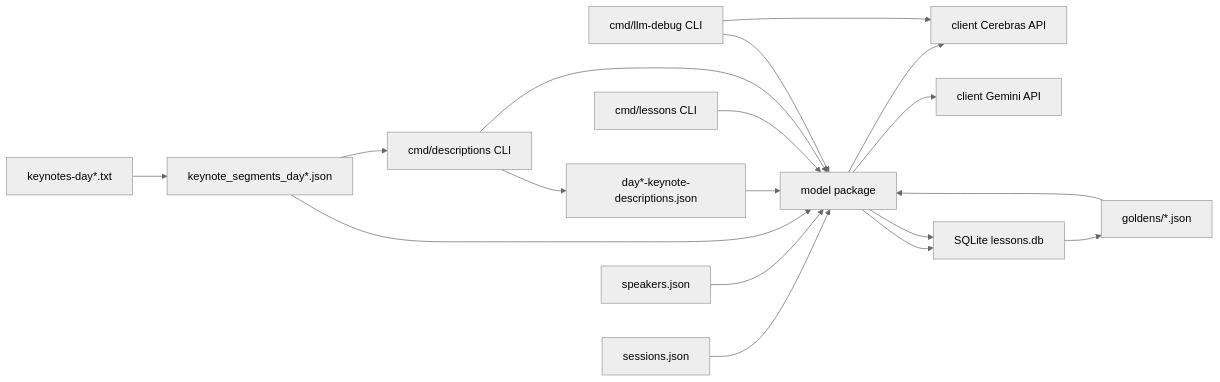
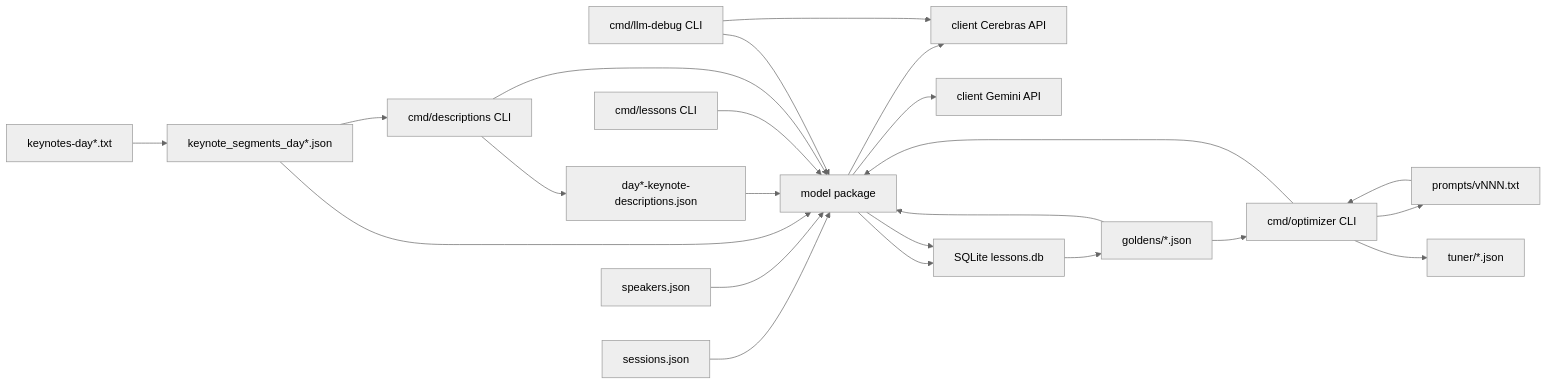
One commit to johnpfeiffer/aiewf changed the first of 4 diagrams in architecture.md. Above: the diagram before and after it, drawn with Mermaid (neutral theme). The commit also changed other lines of this file and 7 other files, not shown here.

````diff
--- a/architecture.md
+++ b/architecture.md
@@ -96,34 +96,42 @@
 ```mermaid
 flowchart LR
   sessions["sessions.json"]
   speakers["speakers.json"]
   rawtx["keynotes-day*.txt"]
   segments["keynote_segments_day*.json"]
   descjson["day*-keynote-descriptions.json"]
   cmd["cmd/lessons CLI"]
   desc["cmd/descriptions CLI"]
+  optimizer["cmd/optimizer CLI"]
   debug["cmd/llm-debug CLI"]
   model["model package"]
   cerebras["client Cerebras API"]
   gemini["client Gemini API"]
   sqlite["SQLite lessons.db"]
   goldens["goldens/*.json"]
+  prompts["prompts/vNNN.txt"]
+  tuner["tuner/*.json"]
 
   sessions --> model
   speakers --> model
   rawtx --> segments
   segments --> model
   segments --> desc
   descjson --> model
   cmd --> model
   desc --> model
+  optimizer --> model
   debug --> model
   model --> cerebras
   model --> gemini
   debug --> cerebras
   model --> sqlite
   sqlite --> goldens
   goldens --> model
+  goldens --> optimizer
+  prompts --> optimizer
+  optimizer --> prompts
+  optimizer --> tuner
   model --> sqlite
   desc --> descjson
 ```
````
